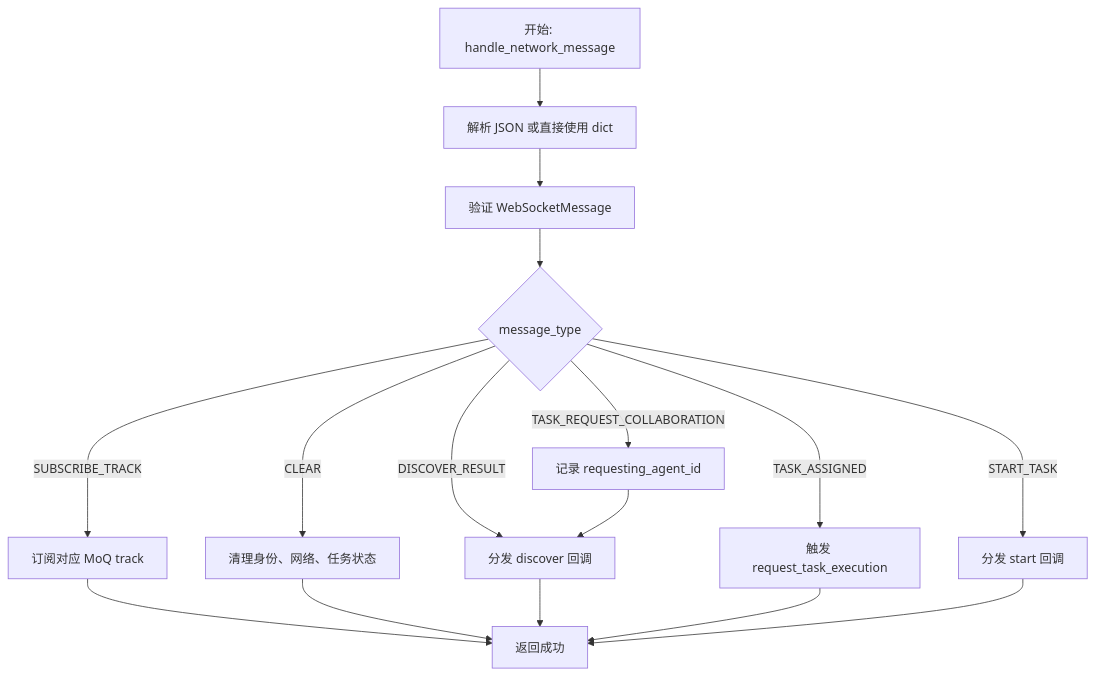
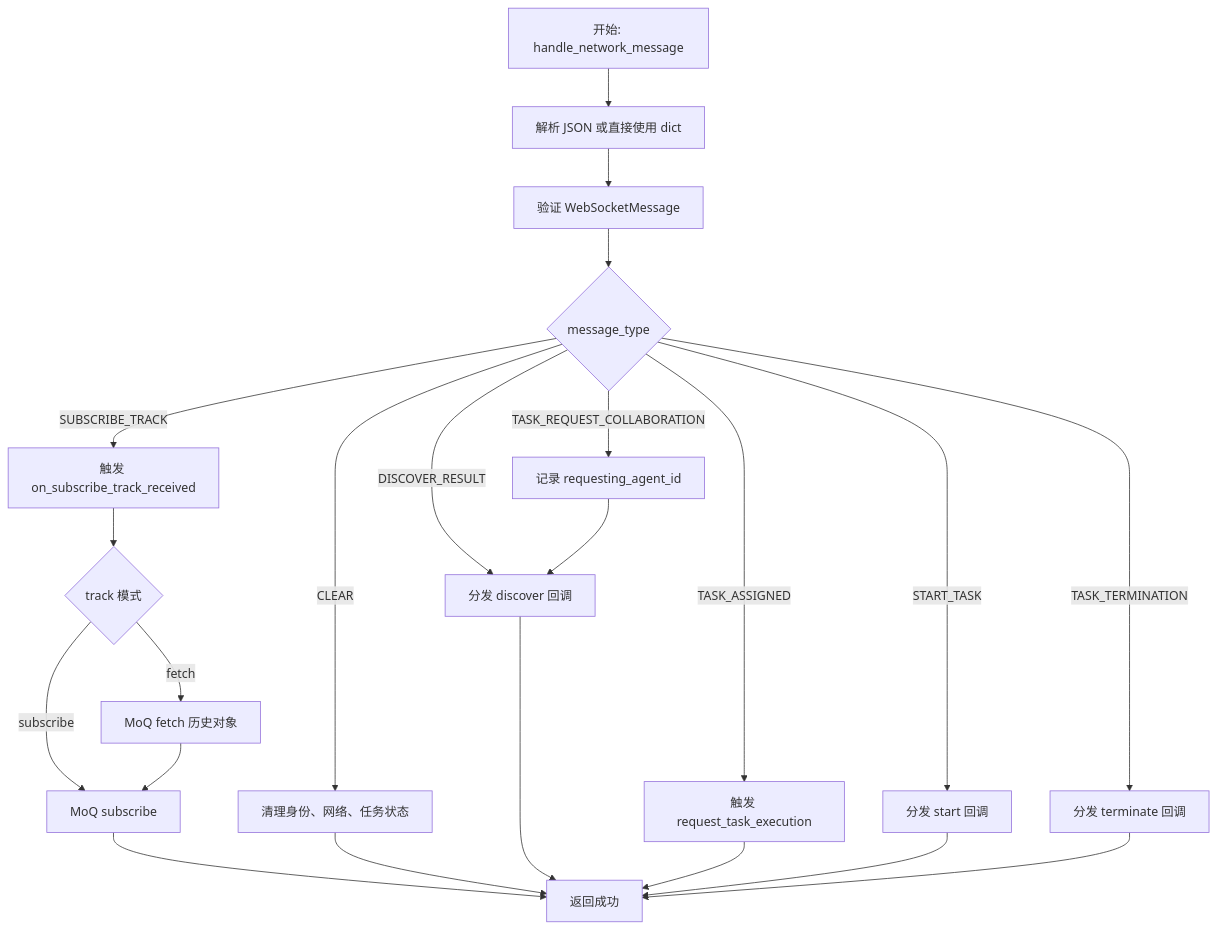
Before and after one commit to acore2026/acn_sdk: the sixth of 10 diagrams in docs/ACN_SDK_软件模块设计书.md, drawn with Mermaid. The commit also changed other lines of this file and 2 other files, not shown here.

````diff
--- a/docs/ACN_SDK_软件模块设计书.md
+++ b/docs/ACN_SDK_软件模块设计书.md
@@ -662,18 +690,24 @@
 ```mermaid
 flowchart TD
     A[开始: handle_network_message] --> B[解析 JSON 或直接使用 dict]
     B --> C[验证 WebSocketMessage]
     C --> D{message_type}
-    D -- SUBSCRIBE_TRACK --> E[订阅对应 MoQ track]
+    D -- SUBSCRIBE_TRACK --> E[触发 on_subscribe_track_received]
     D -- CLEAR --> F[清理身份、网络、任务状态]
     D -- TASK_REQUEST_COLLABORATION --> G[记录 requesting_agent_id]
     D -- DISCOVER_RESULT --> H[分发 discover 回调]
     D -- TASK_ASSIGNED --> I[触发 request_task_execution]
     D -- START_TASK --> J[分发 start 回调]
-    E --> K[返回成功]
+    D -- TASK_TERMINATION --> J2[分发 terminate 回调]
+    E --> E1{track 模式}
+    E1 -- fetch --> E2[MoQ fetch 历史对象]
+    E1 -- subscribe --> E3[MoQ subscribe]
+    E2 --> E3
+    E3 --> K[返回成功]
     F --> K
     G --> H
     H --> K
     I --> K
     J --> K
+    J2 --> K
 ```
````
